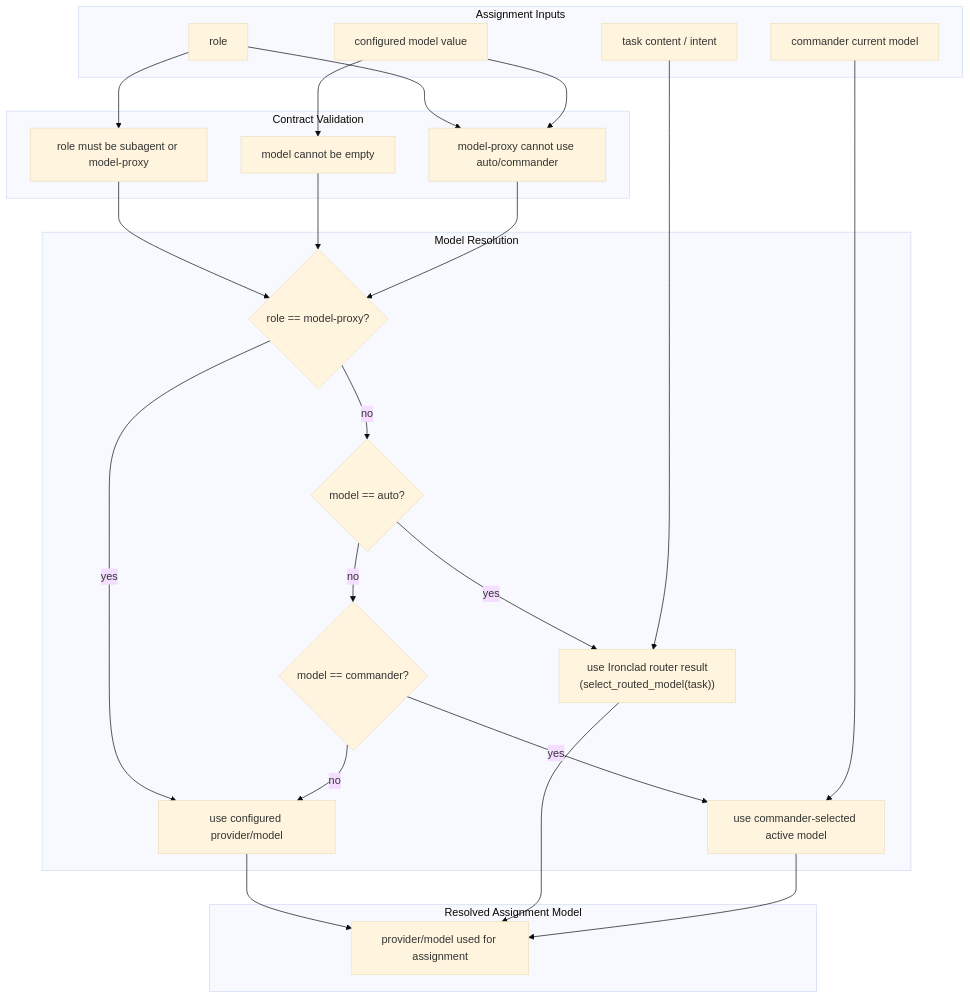
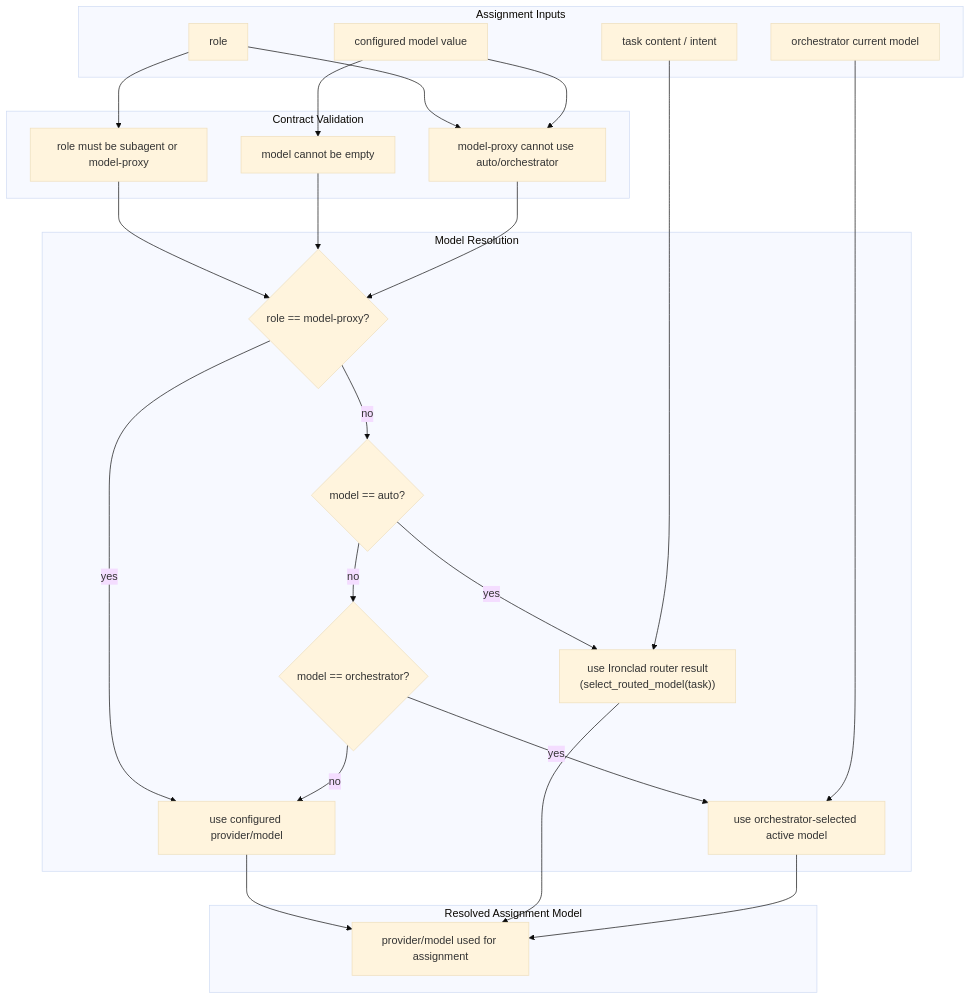
Before and after one commit to robot-accomplice/ironclad: the first of 4 diagrams in docs/architecture/subagent-ubiquitous-language.md, drawn with Mermaid (base theme). The commit also changed other lines of this file and 166 other files, not shown here.

````diff
--- a/docs/architecture/subagent-ubiquitous-language.md
+++ b/docs/architecture/subagent-ubiquitous-language.md
@@ -36,51 +36,51 @@
 ```mermaid
 flowchart TD
   subgraph Inputs["Assignment Inputs"]
     ROLE["role"]
     MODEL["configured model value"]
     TASK["task content / intent"]
-    CMD["commander current model"]
+    CMD["orchestrator current model"]
   end
 
   subgraph Validation["Contract Validation"]
     V1["role must be subagent or model-proxy"]
     V2["model cannot be empty"]
-    V3["model-proxy cannot use auto/commander"]
+    V3["model-proxy cannot use auto/orchestrator"]
   end
 
   subgraph Decision["Model Resolution"]
     D1{"role == model-proxy?"}
     D2{"model == auto?"}
-    D3{"model == commander?"}
+    D3{"model == orchestrator?"}
     FIXED["use configured provider/model"]
     AUTO["use Ironclad router result\n(select_routed_model(task))"]
-    COMMANDER["use commander-selected active model"]
+    ORCHESTRATOR["use orchestrator-selected active model"]
   end
 
   subgraph Outputs["Resolved Assignment Model"]
     OUT["provider/model used for assignment"]
   end
 
   ROLE --> V1
   MODEL --> V2
   ROLE --> V3
   MODEL --> V3
 
   V1 --> D1
   V2 --> D1
   V3 --> D1
 
   D1 -->|yes| FIXED
   D1 -->|no| D2
   D2 -->|yes| AUTO
   D2 -->|no| D3
-  D3 -->|yes| COMMANDER
+  D3 -->|yes| ORCHESTRATOR
   D3 -->|no| FIXED
 
   TASK --> AUTO
-  CMD --> COMMANDER
+  CMD --> ORCHESTRATOR
 
   FIXED --> OUT
   AUTO --> OUT
-  COMMANDER --> OUT
+  ORCHESTRATOR --> OUT
 ```
````
